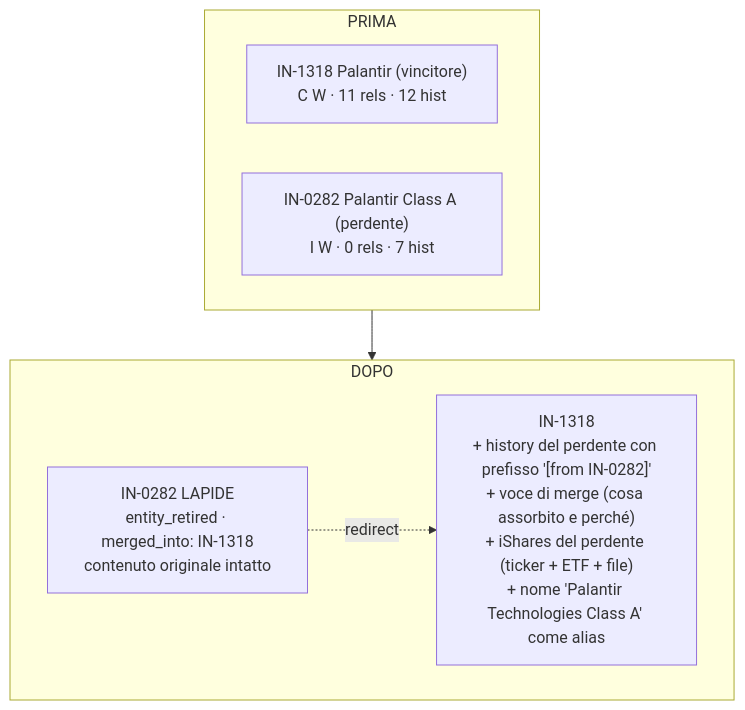
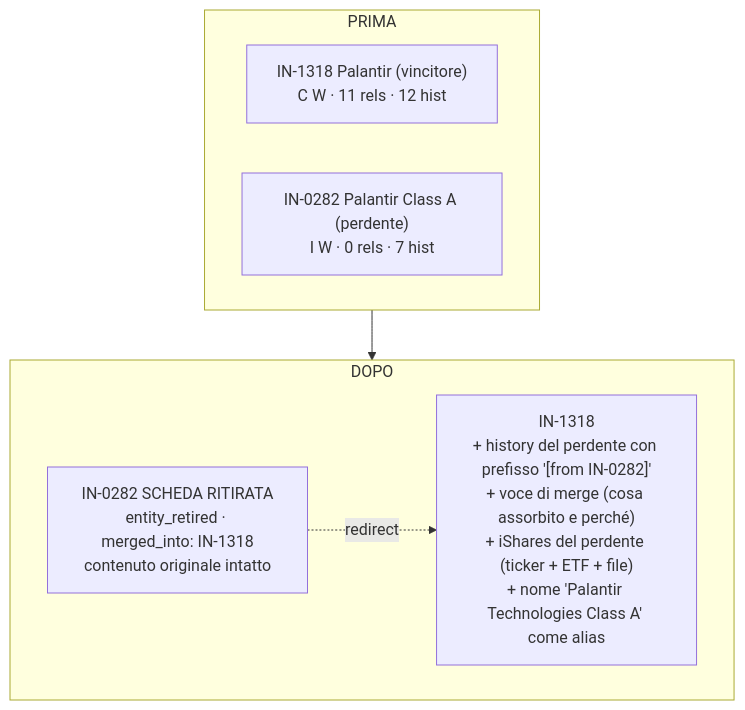
The third of 3 diagrams in reference/S3-CLASSI-AZIONI.md (infonodesETS/manintheloop), drawn with Mermaid before and after one commit. The commit also changed other lines of this file and 11 other files, not shown here.

````diff
--- a/reference/S3-CLASSI-AZIONI.md
+++ b/reference/S3-CLASSI-AZIONI.md
@@ -103,13 +103,13 @@
 ```mermaid
 flowchart TD
   subgraph PRIMA
     W["IN-1318 Palantir (vincitore)\nC W · 11 rels · 12 hist"]
     L["IN-0282 Palantir Class A (perdente)\nI W · 0 rels · 7 hist"]
   end
   subgraph DOPO
     W2["IN-1318\n+ history del perdente con prefisso '[from IN-0282]'\n+ voce di merge (cosa assorbito e perché)\n+ iShares del perdente (ticker + ETF + file)\n+ nome 'Palantir Technologies Class A' come alias"]
-    L2["IN-0282 LAPIDE\nentity_retired · merged_into: IN-1318\ncontenuto originale intatto"]
+    L2["IN-0282 SCHEDA RITIRATA\nentity_retired · merged_into: IN-1318\ncontenuto originale intatto"]
     L2 -. redirect .-> W2
   end
   PRIMA --> DOPO
 ```
````
